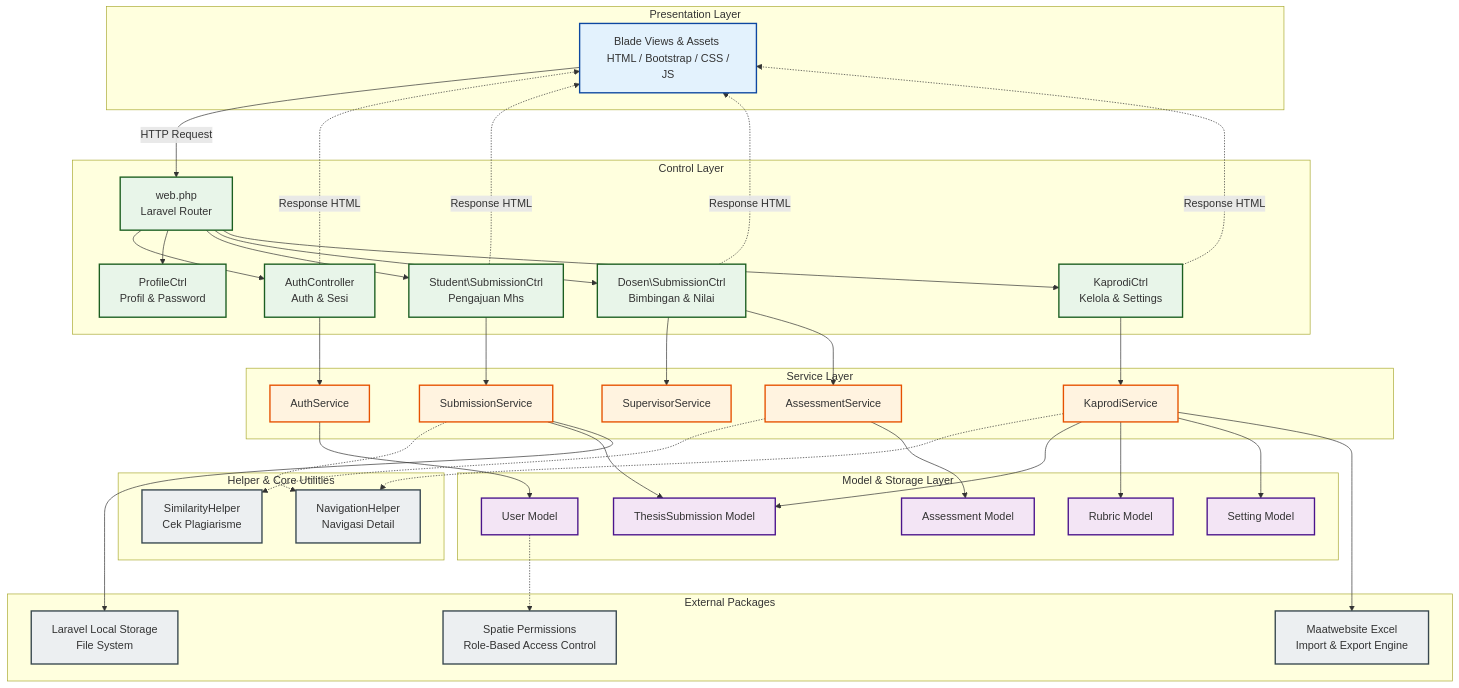
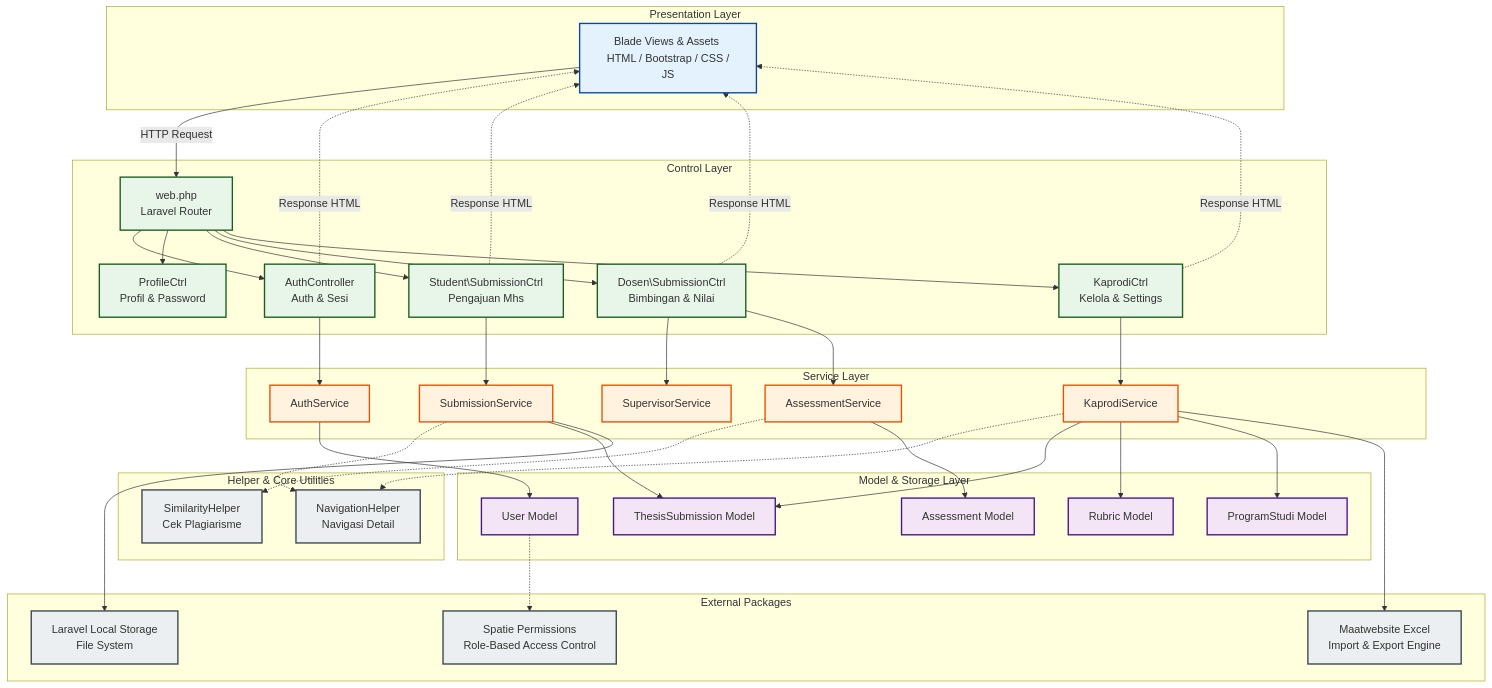
Before and after one commit to Duandi04/ta_submission: the diagram in docs/uml/component_diagram.md, drawn with Mermaid. The commit also changed 28 other files, not shown here.

Commit message:
refactor: implement program study settings and update UML documentation for Kaprodi configuration

```diff
--- a/docs/uml/component_diagram.md
+++ b/docs/uml/component_diagram.md
@@ -47,7 +47,7 @@
         UserModel[User Model]:::model
         ThesisModel[ThesisSubmission Model]:::model
         RubricModel[Rubric Model]:::model
-        SettingModel[Setting Model]:::model
+        ProgramStudiModel[ProgramStudi Model]:::model
         AssessModel[Assessment Model]:::model
     end
 
@@ -83,7 +83,7 @@
     AssessServ --> AssessModel
     KaprodiServ --> ThesisModel
     KaprodiServ --> RubricModel
-    KaprodiServ --> SettingModel
+    KaprodiServ --> ProgramStudiModel
 
     %% External Integrations Connections
     KaprodiServ --> ExcelLib
```
